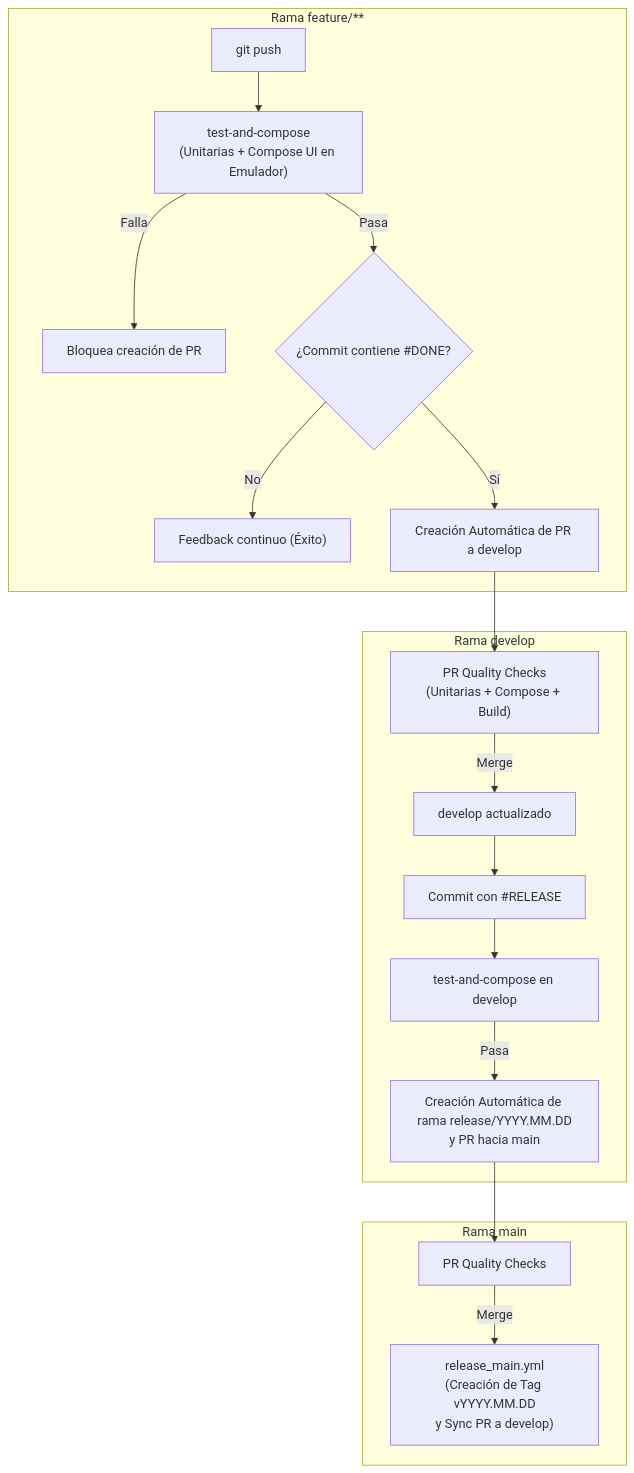
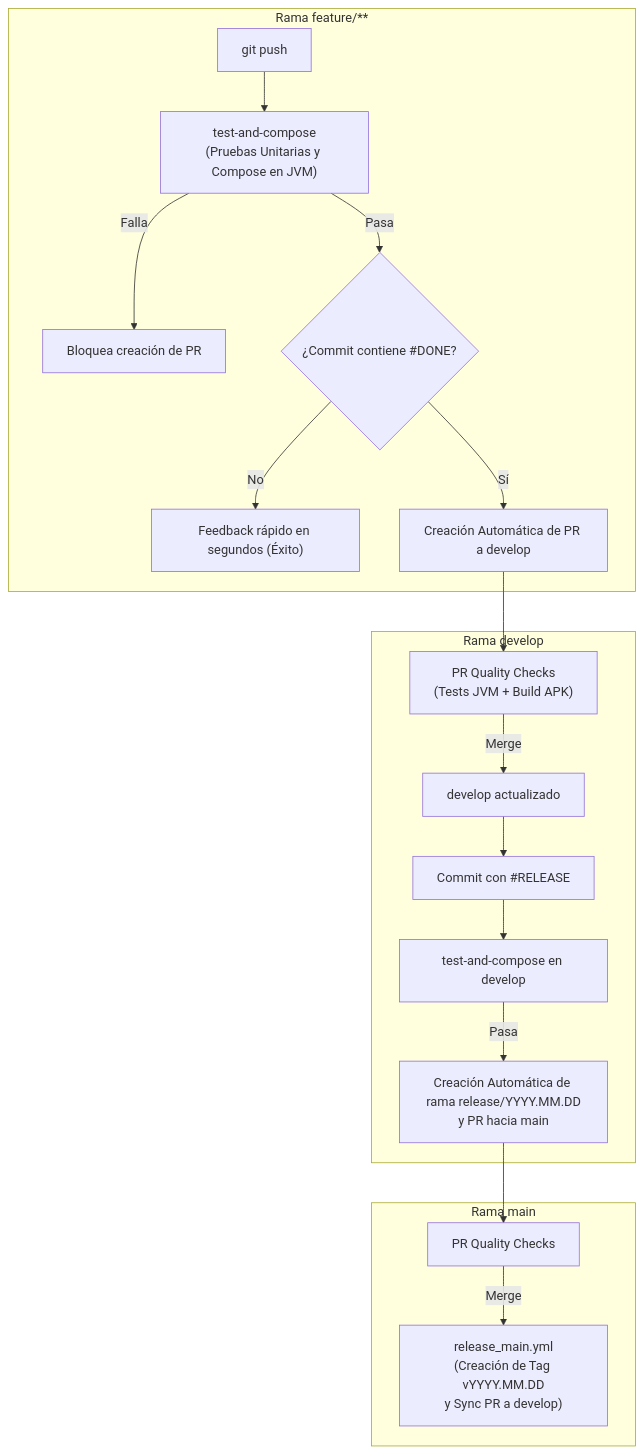
Before and after one commit to sdserranoa/MISW4203-TSDC-Vinilos: the diagram in README.md, drawn with Mermaid. The commit also changed other lines of this file and 6 other files, not shown here.

````diff
--- a/README.md
+++ b/README.md
@@ -209,23 +191,23 @@
 ```mermaid
 flowchart TD
     subgraph Feature["Rama feature/**"]
-        F1["git push"] --> F2["test-and-compose\n(Unitarias + Compose UI en Emulador)"]
+        F1["git push"] --> F2["test-and-compose\n(Pruebas Unitarias y Compose en JVM)"]
         F2 -->|Falla| F3["Bloquea creación de PR"]
         F2 -->|Pasa| F4{"¿Commit contiene #DONE?"}
-        F4 -->|No| F5["Feedback continuo (Éxito)"]
+        F4 -->|No| F5["Feedback rápido en segundos (Éxito)"]
         F4 -->|Sí| F6["Creación Automática de PR a develop"]
     end
 
     subgraph Develop["Rama develop"]
-        F6 --> PR1["PR Quality Checks\n(Unitarias + Compose + Build)"]
+        F6 --> PR1["PR Quality Checks\n(Tests JVM + Build APK)"]
         PR1 -->|Merge| D1["develop actualizado"]
         D1 --> D2["Commit con #RELEASE"]
         D2 --> D3["test-and-compose en develop"]
         D3 -->|Pasa| D4["Creación Automática de rama release/YYYY.MM.DD\ny PR hacia main"]
     end
 
     subgraph Main["Rama main"]
         D4 --> M1["PR Quality Checks"]
         M1 -->|Merge| M2["release_main.yml\n(Creación de Tag vYYYY.MM.DD\ny Sync PR a develop)"]
     end
 ```
````
